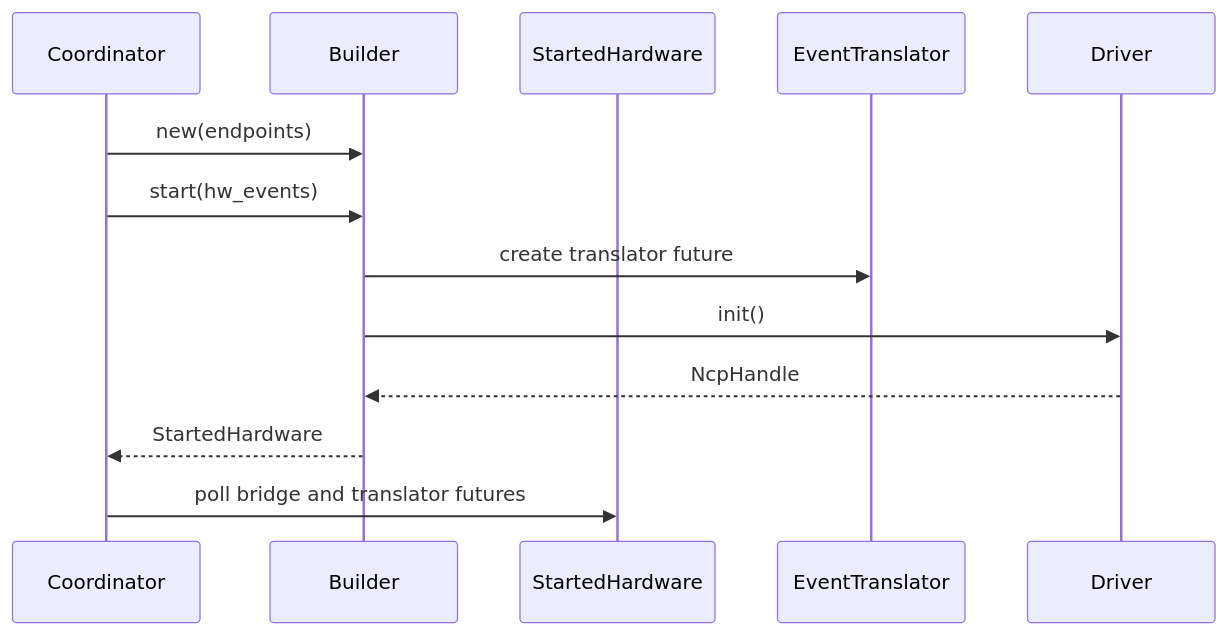
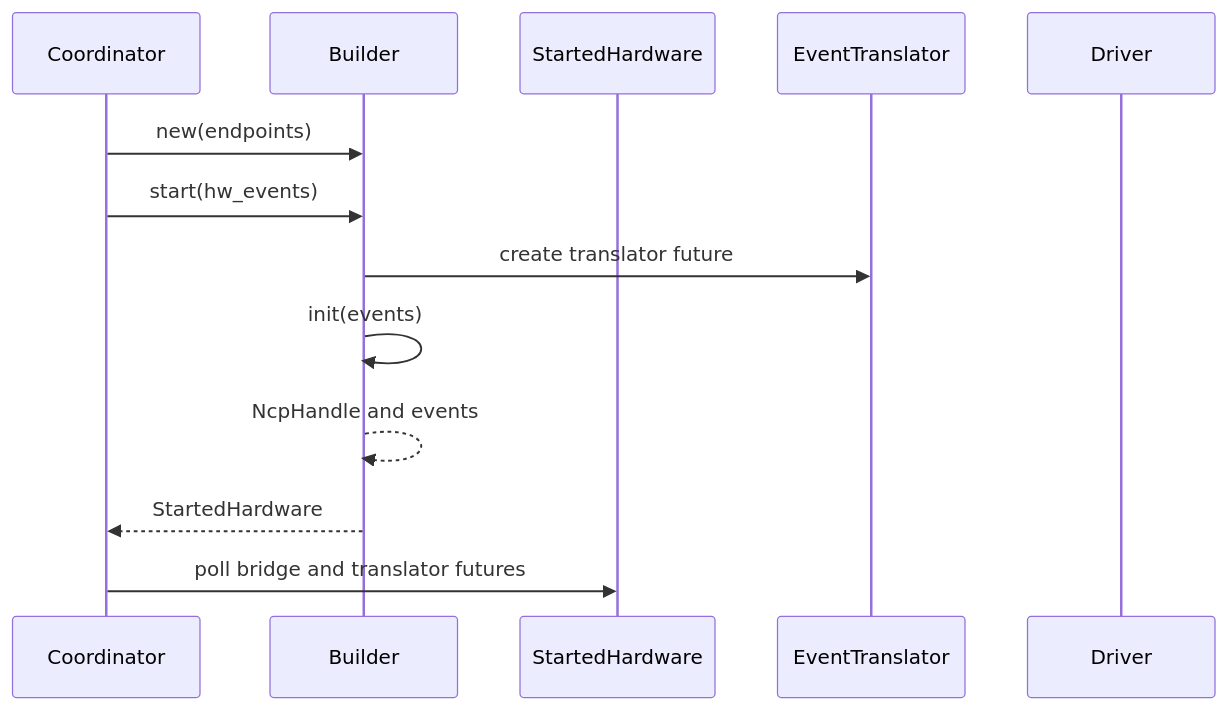
One commit to PaulmannLighting/apis-saltans changed the second of 4 diagrams in hw/ARCHITECTURE.md. Above: the diagram before and after it, drawn with Mermaid. The commit also changed other lines of this file and 5 other files, not shown here.

````diff
--- a/hw/ARCHITECTURE.md
+++ b/hw/ARCHITECTURE.md
@@ -170,16 +164,16 @@
 ```mermaid
 sequenceDiagram
     participant C as Coordinator;
     participant B as Builder;
     participant S as StartedHardware;
     participant T as EventTranslator;
     participant D as Driver;
 
     C->>B: new(endpoints);
     C->>B: start(hw_events);
     B->>T: create translator future;
-    B->>D: init();
-    D-->>B: NcpHandle;
+    B->>B: init(events);
+    B-->>B: NcpHandle and events;
     B-->>C: StartedHardware;
     C->>S: poll bridge and translator futures;
 ```
````
